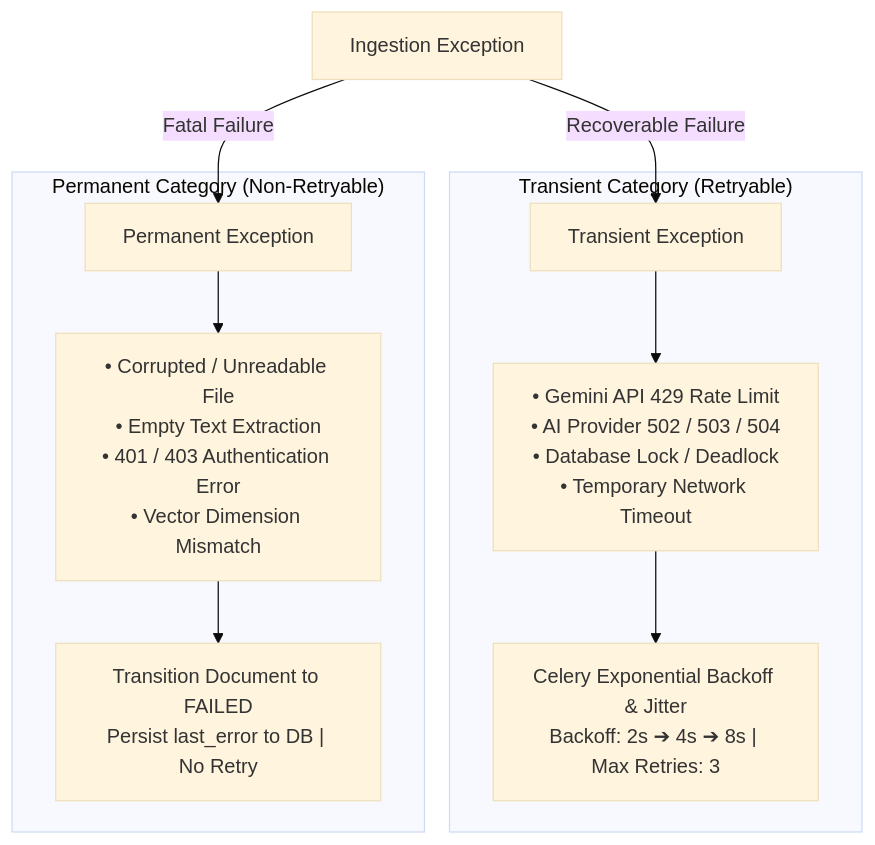
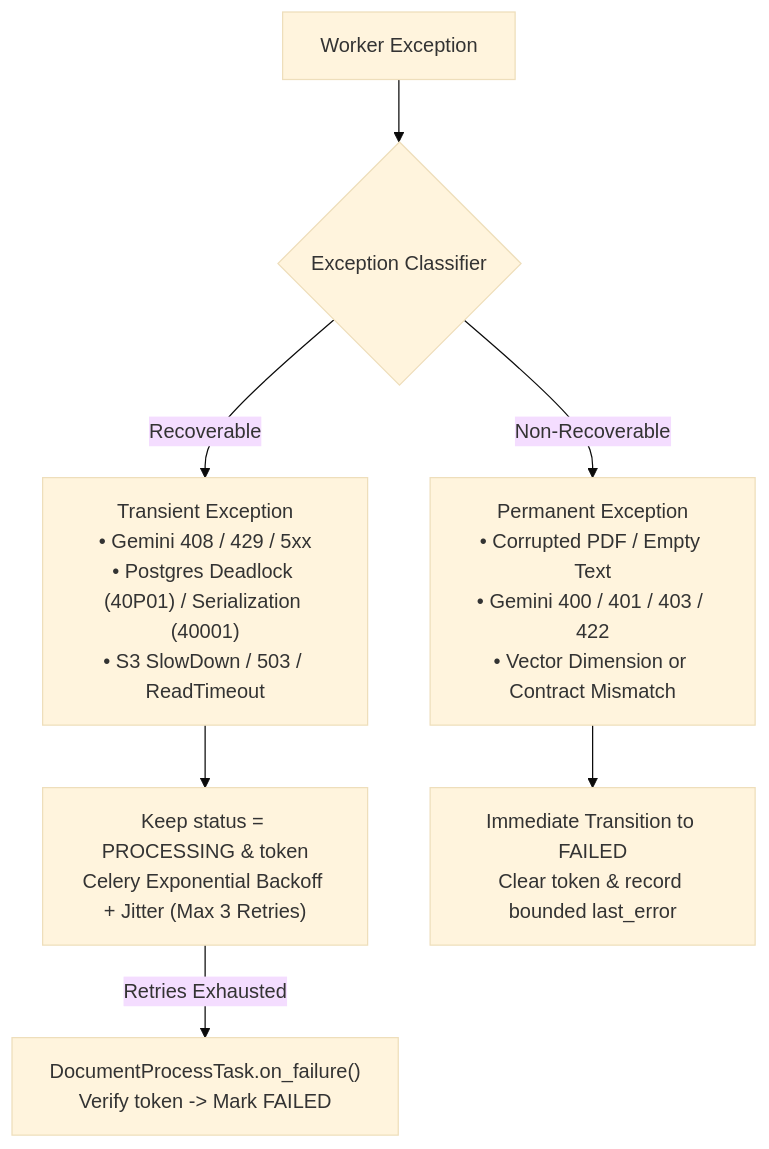
The seventh of 9 diagrams in README.md (theeaashish/Outbox-RAG), drawn with Mermaid (base theme) before and after one commit. The commit also changed other lines of this file, not shown here.

Commit message:
docs: refactor architecture documentation and update repository references

````diff
--- a/README.md
+++ b/README.md
@@ -319,15 +300,11 @@
 ```mermaid
 flowchart TB
-    Ex["Ingestion Exception"] -->|"Recoverable Failure"| TransBranch["Transient Exception"]
-    Ex -->|"Fatal Failure"| PermBranch["Permanent Exception"]
+    Exc["Worker Exception"] --> Classify{"Exception Classifier"}
 
-    subgraph Transient ["Transient Category (Retryable)"]
-        TransBranch --> T1["• Gemini API 429 Rate Limit<br/>• AI Provider 502 / 503 / 504<br/>• Database Lock / Deadlock<br/>• Temporary Network Timeout"]
-        T1 --> RetryAction["Celery Exponential Backoff & Jitter<br/>Backoff: 2s ➔ 4s ➔ 8s | Max Retries: 3"]
-    end
+    Classify -->|"Recoverable"| Trans["Transient Exception<br/>• Gemini 408 / 429 / 5xx<br/>• Postgres Deadlock (40P01) / Serialization (40001)<br/>• S3 SlowDown / 503 / ReadTimeout"]
+    Classify -->|"Non-Recoverable"| Perm["Permanent Exception<br/>• Corrupted PDF / Empty Text<br/>• Gemini 400 / 401 / 403 / 422<br/>• Vector Dimension or Contract Mismatch"]
 
-    subgraph Permanent ["Permanent Category (Non-Retryable)"]
-        PermBranch --> P1["• Corrupted / Unreadable File<br/>• Empty Text Extraction<br/>• 401 / 403 Authentication Error<br/>• Vector Dimension Mismatch"]
-        P1 --> FailAction["Transition Document to FAILED<br/>Persist last_error to DB | No Retry"]
-    end
+    Trans --> Retry["Keep status = PROCESSING & token<br/>Celery Exponential Backoff + Jitter (Max 3 Retries)"]
+    Retry -->|"Retries Exhausted"| Hook["DocumentProcessTask.on_failure()<br/>Verify token -> Mark FAILED"]
+    Perm --> FailNow["Immediate Transition to FAILED<br/>Clear token & record bounded last_error"]
 ```
````
